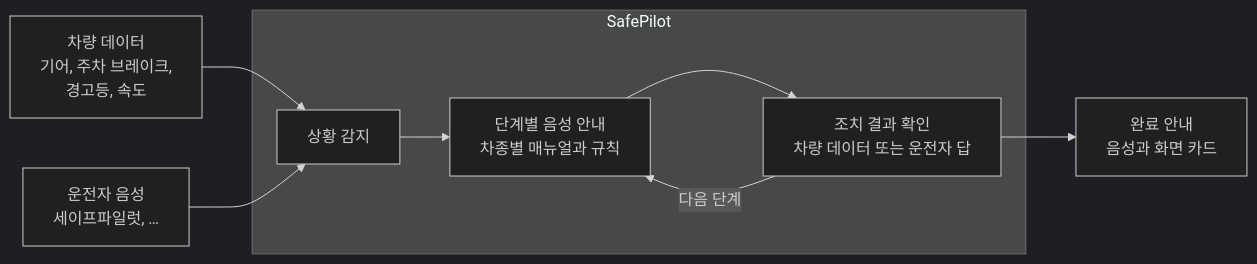
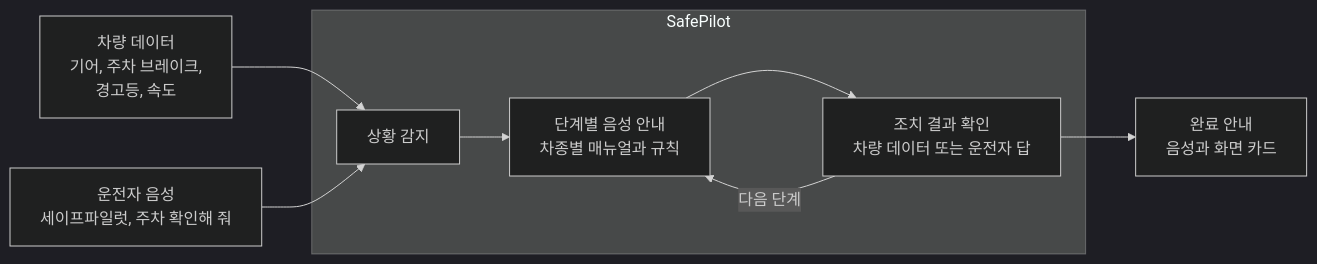
One commit to rex-next-labs/SafePilot changed the diagram in proposal/diagrams/01_how_it_works.mmd. Above: the diagram before and after it, drawn with Mermaid (dark theme). The commit also changed 3 other files, not shown here.

```diff
--- a/proposal/diagrams/01_how_it_works.mmd
+++ b/proposal/diagrams/01_how_it_works.mmd
@@ -1,9 +1,9 @@
 flowchart LR
     A["차량 데이터<br/>기어, 주차 브레이크,<br/>경고등, 속도"] --> C
-    B["운전자 음성<br/>세이프파일럿, …"] --> C
+    B["운전자 음성<br/>세이프파일럿, 주차 확인해 줘"] --> C
     subgraph SP["SafePilot"]
         C["상황 감지"] --> D["단계별 음성 안내<br/>차종별 매뉴얼과 규칙"]
         D --> E["조치 결과 확인<br/>차량 데이터 또는 운전자 답"]
         E -- "다음 단계" --> D
     end
     E --> F["완료 안내<br/>음성과 화면 카드"]
```
